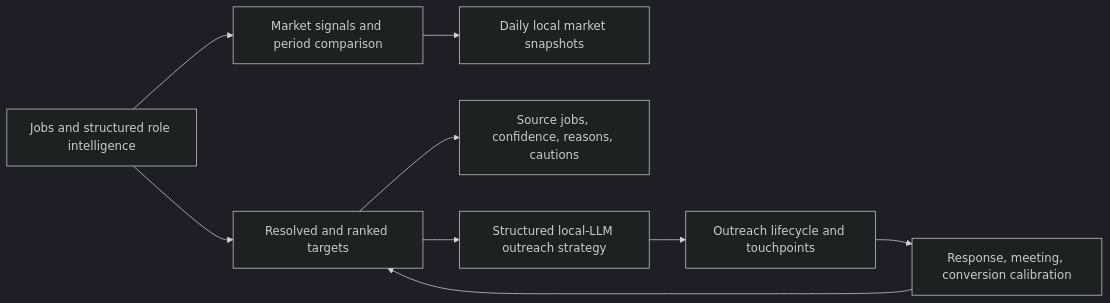
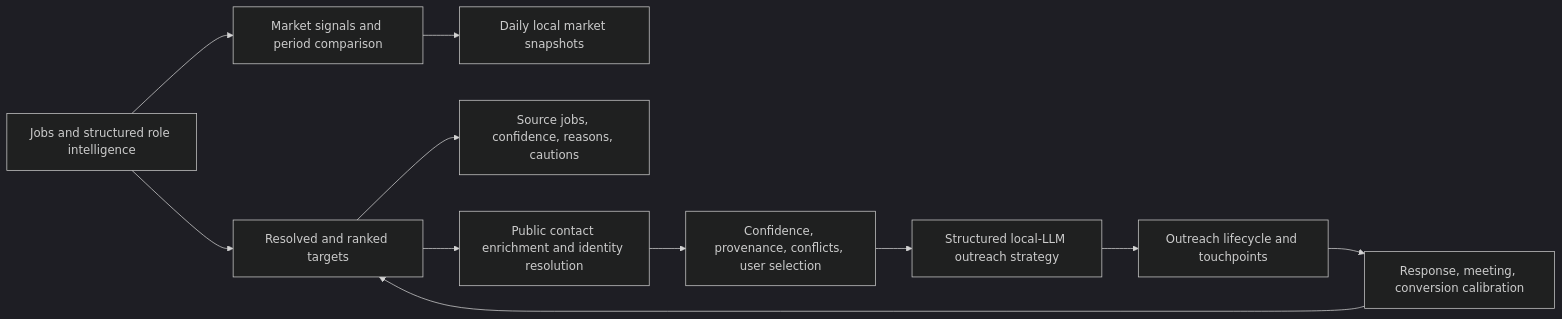
Before and after one commit to Keljian/JSE: the eighth of 11 diagrams in ARCHITECTURE.md, drawn with Mermaid (dark theme). The commit also changed other lines of this file and 11 other files, not shown here.

Commit message:
Enrich intelligence targets with public contacts

````diff
--- a/ARCHITECTURE.md
+++ b/ARCHITECTURE.md
@@ -210,11 +210,13 @@
 ```mermaid
 flowchart LR
     Jobs["Jobs and structured role intelligence"] --> Signals["Market signals and period comparison"]
     Jobs --> Targets["Resolved and ranked targets"]
     Targets --> Evidence["Source jobs, confidence, reasons, cautions"]
-    Targets --> Strategy["Structured local-LLM outreach strategy"]
+    Targets --> Contacts["Public contact enrichment and identity resolution"]
+    Contacts --> Review["Confidence, provenance, conflicts, user selection"]
+    Review --> Strategy["Structured local-LLM outreach strategy"]
     Strategy --> Leads["Outreach lifecycle and touchpoints"]
     Leads --> Outcomes["Response, meeting, conversion calibration"]
     Outcomes --> Targets
     Signals --> Snapshots["Daily local market snapshots"]
 ```
````
